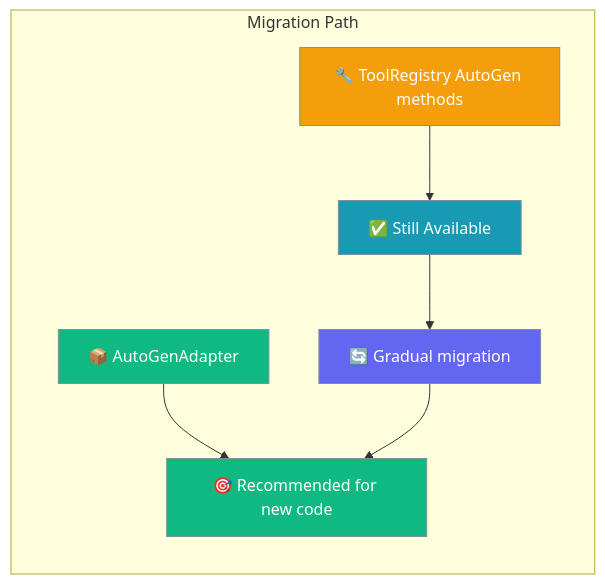
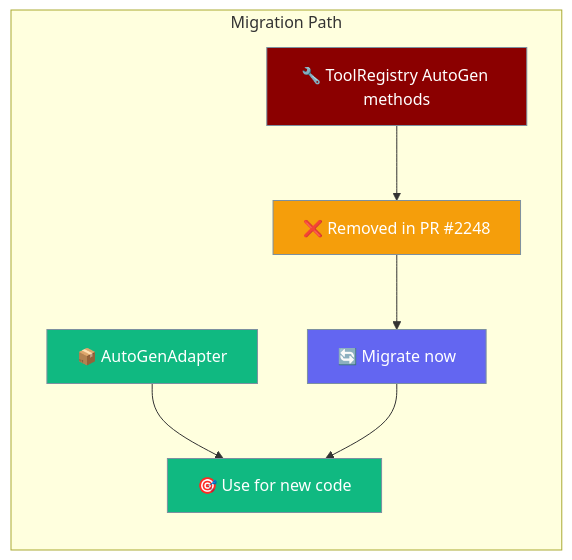
The first of 2 diagrams in docs/features/tool-registry-autogen-migration.mdx (MervinPraison/PraisonAIDocs), drawn with Mermaid before and after one commit. The commit also changed other lines of this file and 9 other files, not shown here.

````diff
--- a/docs/features/tool-registry-autogen-migration.mdx
+++ b/docs/features/tool-registry-autogen-migration.mdx
@@ -22,19 +26,19 @@
 ```mermaid
 graph LR
     subgraph "Migration Path"
-        A[🔧 ToolRegistry AutoGen methods] --> B[✅ Still Available]
-        C[📦 AutoGenAdapter] --> D[🎯 Recommended for new code]
-        B --> E[🔄 Gradual migration]
+        A[🔧 ToolRegistry AutoGen methods] --> B[❌ Removed in PR #2248]
+        C[📦 AutoGenAdapter] --> D[🎯 Use for new code]
+        B --> E[🔄 Migrate now]
         E --> D
     end
     
-    classDef legacy fill:#F59E0B,stroke:#7C90A0,color:#fff
+    classDef legacy fill:#8B0000,stroke:#7C90A0,color:#fff
+    classDef removed fill:#F59E0B,stroke:#7C90A0,color:#fff
     classDef new fill:#10B981,stroke:#7C90A0,color:#fff
-    classDef available fill:#189AB4,stroke:#7C90A0,color:#fff
     classDef migration fill:#6366F1,stroke:#7C90A0,color:#fff
     
     class A legacy
-    class B available
+    class B removed
     class C,D new
     class E migration
 ```
````
